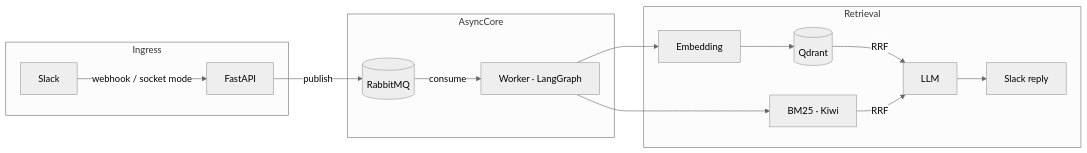
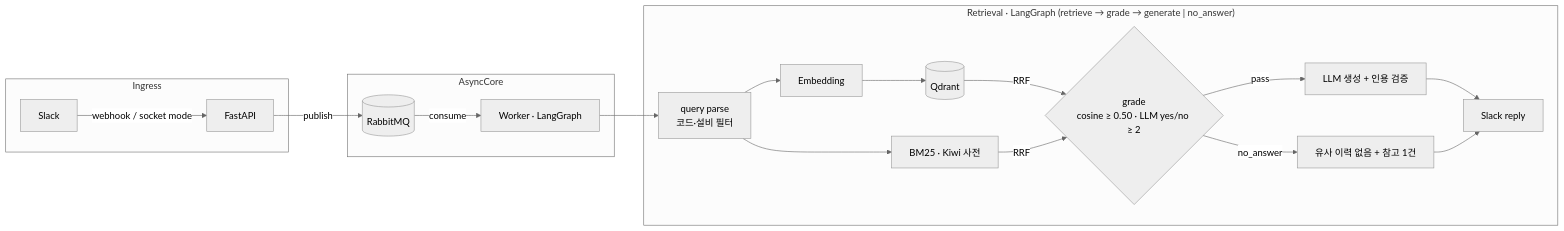
Before and after one commit to Siz777/event-driven-rag-system: the diagram in README.md, drawn with Mermaid (neutral theme). The commit also changed other lines of this file, not shown here.

Commit message:
docs(readme): final structure — architecture with grade branch, rejected experiments, reliability table

````diff
--- a/README.md
+++ b/README.md
@@ -11,15 +11,17 @@
 ```mermaid
 flowchart LR
   subgraph Ingress
     S[Slack] -->|webhook / socket mode| F[FastAPI]
   end
   subgraph AsyncCore
     F -->|publish| Q[(RabbitMQ)]
     Q -->|consume| W[Worker · LangGraph]
   end
-  subgraph Retrieval
-    W --> E[Embedding] --> V[(Qdrant)]
-    W --> B[BM25 · Kiwi]
-    V & B -->|RRF| L[LLM] --> R[Slack reply]
+  subgraph Retrieval["Retrieval · LangGraph (retrieve → grade → generate | no_answer)"]
+    W --> P[query parse<br/>코드·설비 필터] --> E[Embedding] --> V[(Qdrant)]
+    P --> B[BM25 · Kiwi 사전]
+    V & B -->|RRF| G{grade<br/>cosine ≥ 0.50 · LLM yes/no ≥ 2}
+    G -->|pass| L[LLM 생성 + 인용 검증] --> R[Slack reply]
+    G -->|no_answer| N[유사 이력 없음 + 참고 1건] --> R
   end
 ```
````
